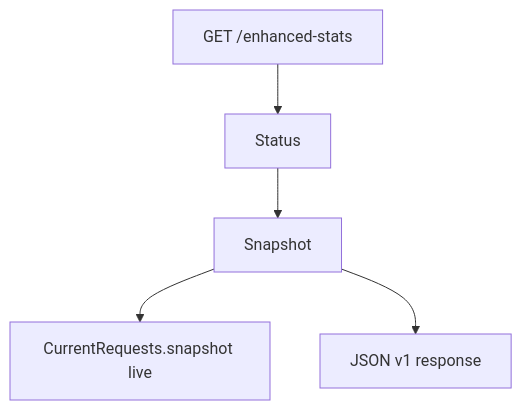
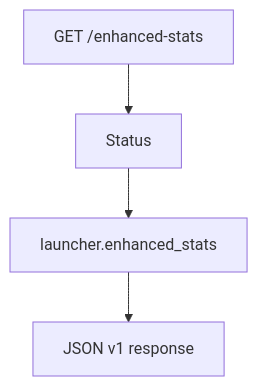
Before and after one commit to smart-sgisistemas/puma-enhanced-stats: the third of 3 diagrams in docs/architecture.md, drawn with Mermaid. The commit also changed other lines of this file and 40 other files, not shown here.

````diff
--- a/docs/architecture.md
+++ b/docs/architecture.md
@@ -64,7 +65,6 @@
 ```mermaid
 flowchart TD
   Client[GET /enhanced-stats] --> Status
-  Status --> Snapshot
-  Snapshot --> CR[CurrentRequests.snapshot live]
-  Snapshot --> JSON[JSON v1 response]
+  Status --> L[launcher.enhanced_stats]
+  L --> JSON[JSON v1 response]
 ```
````
